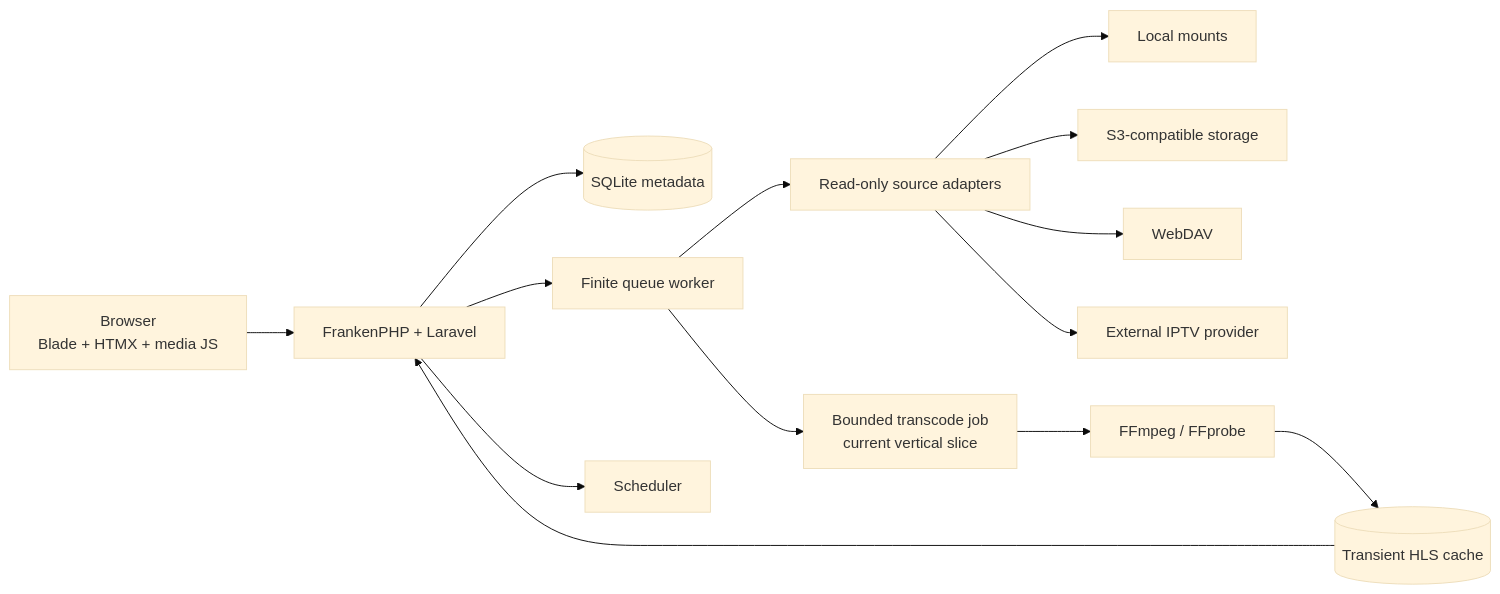
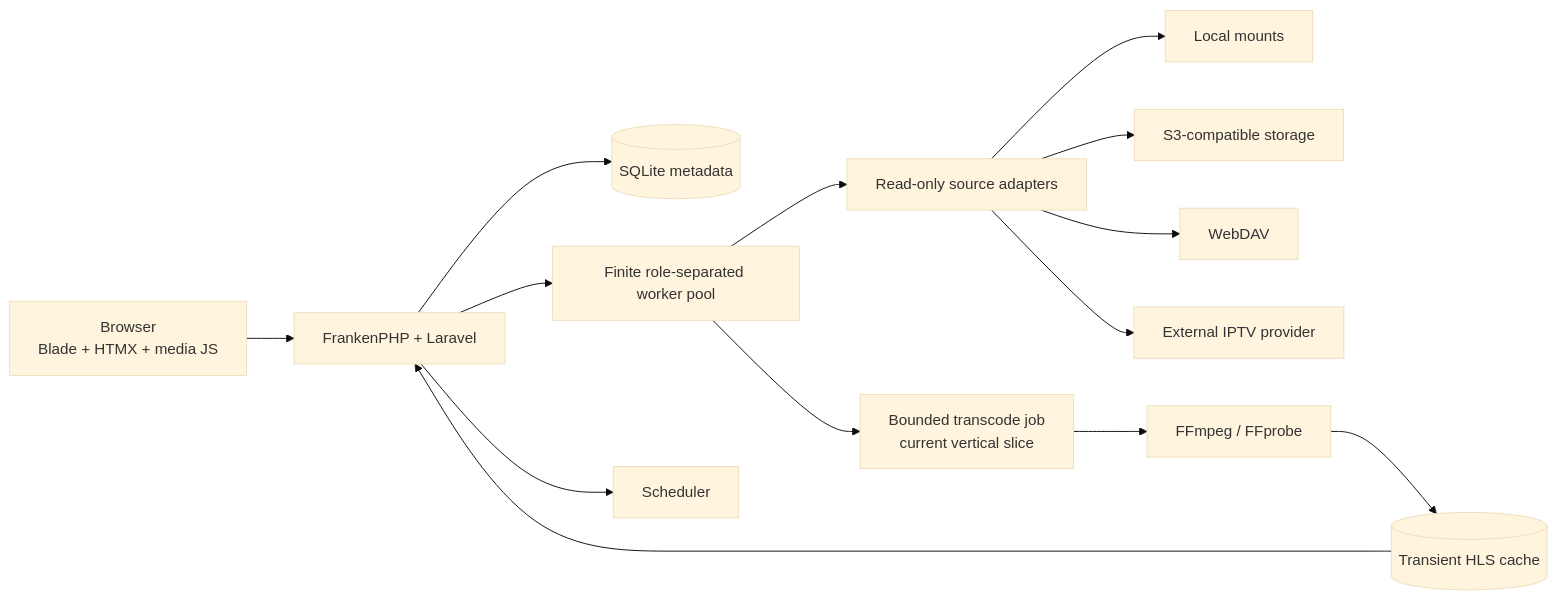
The diagram in docs/ARCHITECTURE.md (killer1loop/odissey), drawn with Mermaid (base theme) before and after one commit. The commit also changed other lines of this file and 29 other files, not shown here.

````diff
--- a/docs/ARCHITECTURE.md
+++ b/docs/ARCHITECTURE.md
@@ -19,16 +19,16 @@
 ```mermaid
 flowchart LR
     B["Browser<br>Blade + HTMX + media JS"] --> W["FrankenPHP + Laravel"]
     W --> D[("SQLite metadata")]
-    W --> Q["Finite queue worker"]
+    W --> Q["Finite role-separated worker pool"]
     W --> S["Scheduler"]
     Q --> A["Read-only source adapters"]
     A --> L["Local mounts"]
     A --> O["S3-compatible storage"]
     A --> V["WebDAV"]
     A --> I["External IPTV provider"]
     Q --> M["Bounded transcode job<br>current vertical slice"]
     M --> F["FFmpeg / FFprobe"]
     F --> T[("Transient HLS cache")]
     T --> W
 ```
````
